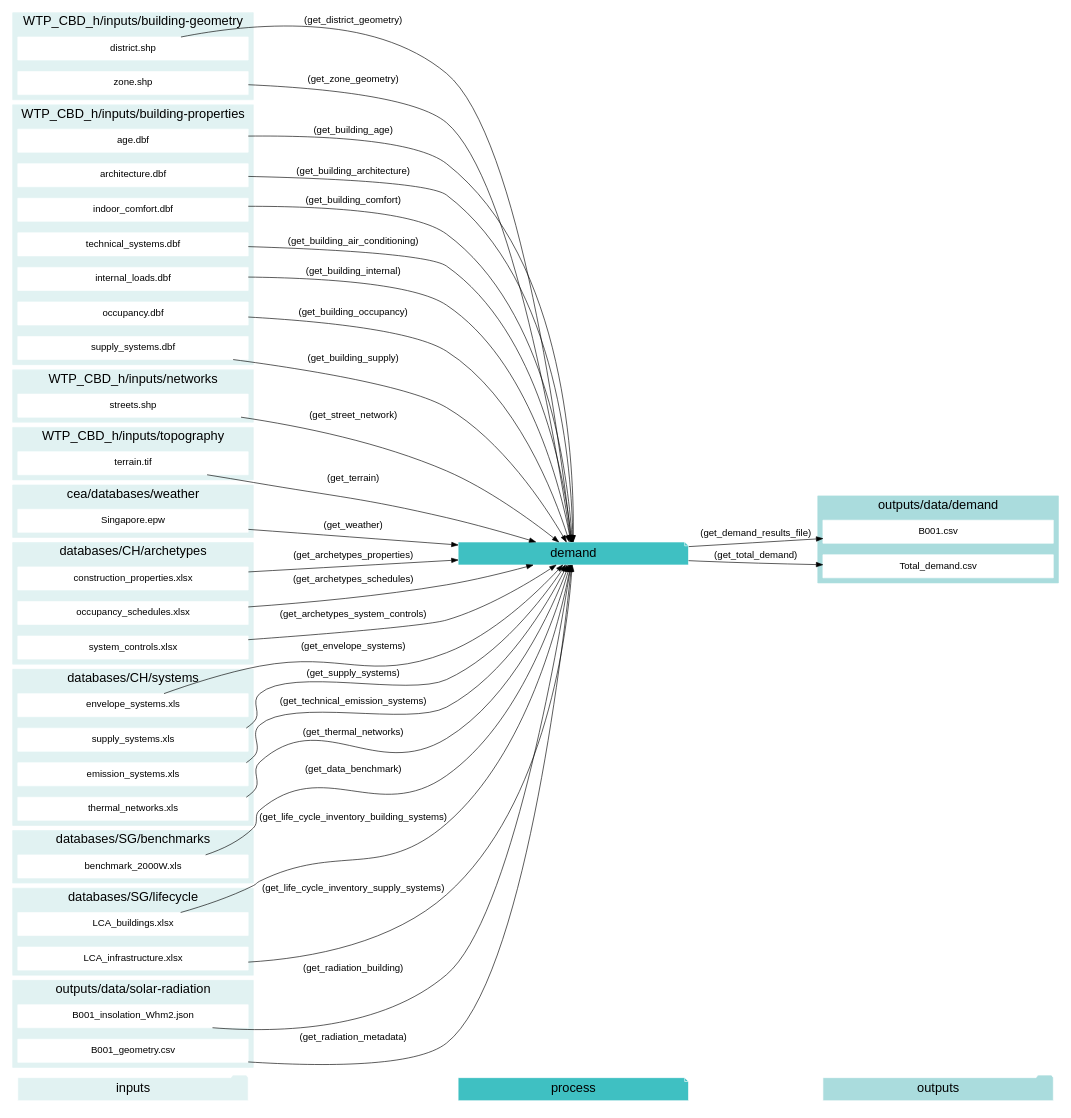
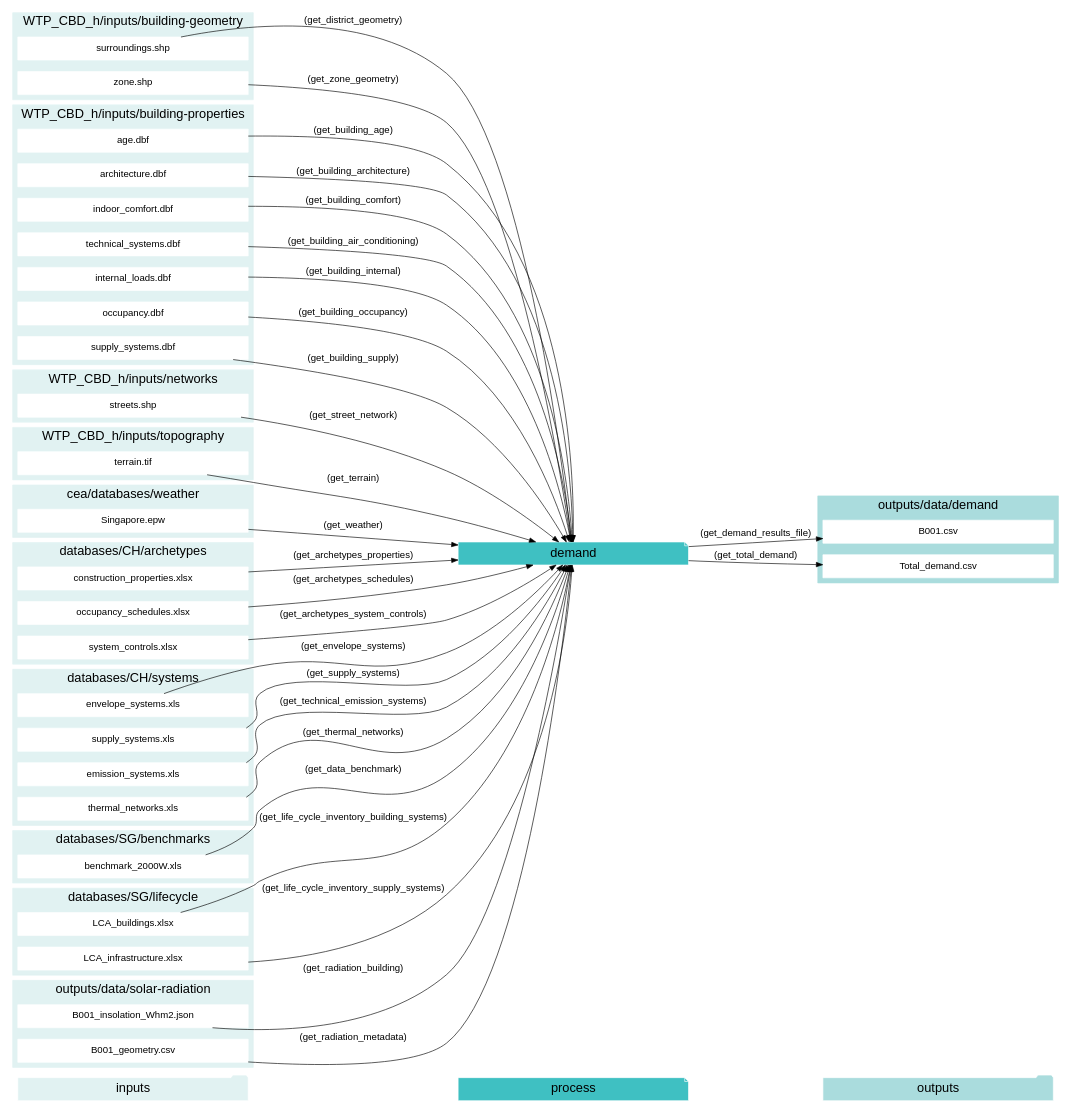
The diagram in docs/graphviz/demand.gv (architecture-building-systems/CityEnergyAnalyst), drawn with Graphviz before and after one commit. The commit also changed 40 other files, not shown here.

Commit message:
renaming district to surroundings

```diff
--- a/docs/graphviz/demand.gv
+++ b/docs/graphviz/demand.gv
@@ -1,146 +1,146 @@
 digraph trace_inputlocator {
     rankdir="LR";
     graph [overlap=false, fontname=arial];
     node [shape=box, style=filled, color=white, fontsize=15, fontname=arial, fixedsize=true, width=5];
     edge [fontname=arial, fontsize = 15]
     newrank=true
     subgraph cluster_legend {
     fontsize=25
     style=invis
     "process"[style=filled, fillcolor="#3FC0C2", shape=note, fontsize=20, fontname="arial"]
     "inputs" [style=filled, shape=folder, color=white, fillcolor="#E1F2F2", fontsize=20]
     "outputs"[style=filled, shape=folder, color=white, fillcolor="#aadcdd", fontsize=20]
     "inputs"->"process"[style=invis]
     "process"->"outputs"[style=invis]
     }
     "demand"[style=filled, color=white, fillcolor="#3FC0C2", shape=note, fontsize=20, fontname=arial];
     subgraph cluster_0_in {
         style = filled;
         color = "#E1F2F2";
         fontsize = 20;
         rank=same;
         label="WTP_CBD_h/inputs/building-geometry";
-        "district.shp"
+        "surroundings.shp"
         "zone.shp"
     }
     subgraph cluster_1_in {
         style = filled;
         color = "#E1F2F2";
         fontsize = 20;
         rank=same;
         label="WTP_CBD_h/inputs/building-properties";
         "age.dbf"
         "architecture.dbf"
         "indoor_comfort.dbf"
         "technical_systems.dbf"
         "internal_loads.dbf"
         "occupancy.dbf"
         "supply_systems.dbf"
     }
     subgraph cluster_2_in {
         style = filled;
         color = "#E1F2F2";
         fontsize = 20;
         rank=same;
         label="WTP_CBD_h/inputs/networks";
         "streets.shp"
     }
     subgraph cluster_3_in {
         style = filled;
         color = "#E1F2F2";
         fontsize = 20;
         rank=same;
         label="WTP_CBD_h/inputs/topography";
         "terrain.tif"
     }
     subgraph cluster_4_in {
         style = filled;
         color = "#E1F2F2";
         fontsize = 20;
         rank=same;
         label="cea/databases/weather";
         "Singapore.epw"
     }
     subgraph cluster_5_in {
         style = filled;
         color = "#E1F2F2";
         fontsize = 20;
         rank=same;
         label="databases/CH/archetypes";
         "construction_properties.xlsx"
         "occupancy_schedules.xlsx"
         "system_controls.xlsx"
     }
     subgraph cluster_6_in {
         style = filled;
         color = "#E1F2F2";
         fontsize = 20;
         rank=same;
         label="databases/CH/systems";
         "envelope_systems.xls"
         "supply_systems.xls"
         "emission_systems.xls"
         "thermal_networks.xls"
     }
     subgraph cluster_7_in {
         style = filled;
         color = "#E1F2F2";
         fontsize = 20;
         rank=same;
         label="databases/SG/benchmarks";
         "benchmark_2000W.xls"
     }
     subgraph cluster_8_in {
         style = filled;
         color = "#E1F2F2";
         fontsize = 20;
         rank=same;
         label="databases/SG/lifecycle";
         "LCA_buildings.xlsx"
         "LCA_infrastructure.xlsx"
     }
     subgraph cluster_9_out {
         style = filled;
         color = "#aadcdd";
         fontsize = 20;
         rank=same;
         label="outputs/data/demand";
         "B001.csv"
         "Total_demand.csv"
     }
     subgraph cluster_10_in {
         style = filled;
         color = "#E1F2F2";
         fontsize = 20;
         rank=same;
         label="outputs/data/solar-radiation";
         "B001_insolation_Whm2.json"
         "B001_geometry.csv"
     }
     "construction_properties.xlsx" -> "demand"[label="(get_archetypes_properties)"]
     "occupancy_schedules.xlsx" -> "demand"[label="(get_archetypes_schedules)"]
     "system_controls.xlsx" -> "demand"[label="(get_archetypes_system_controls)"]
     "age.dbf" -> "demand"[label="(get_building_age)"]
     "architecture.dbf" -> "demand"[label="(get_building_architecture)"]
     "indoor_comfort.dbf" -> "demand"[label="(get_building_comfort)"]
     "technical_systems.dbf" -> "demand"[label="(get_building_air_conditioning)"]
     "internal_loads.dbf" -> "demand"[label="(get_building_internal)"]
     "occupancy.dbf" -> "demand"[label="(get_building_occupancy)"]
     "supply_systems.dbf" -> "demand"[label="(get_building_supply)"]
     "benchmark_2000W.xls" -> "demand"[label="(get_data_benchmark)"]
-    "district.shp" -> "demand"[label="(get_district_geometry)"]
+    "surroundings.shp" -> "demand"[label="(get_district_geometry)"]
     "envelope_systems.xls" -> "demand"[label="(get_envelope_systems)"]
     "LCA_buildings.xlsx" -> "demand"[label="(get_life_cycle_inventory_building_systems)"]
     "LCA_infrastructure.xlsx" -> "demand"[label="(get_life_cycle_inventory_supply_systems)"]
     "B001_insolation_Whm2.json" -> "demand"[label="(get_radiation_building)"]
     "B001_geometry.csv" -> "demand"[label="(get_radiation_metadata)"]
     "streets.shp" -> "demand"[label="(get_street_network)"]
     "supply_systems.xls" -> "demand"[label="(get_supply_systems)"]
     "emission_systems.xls" -> "demand"[label="(get_technical_emission_systems)"]
     "terrain.tif" -> "demand"[label="(get_terrain)"]
     "thermal_networks.xls" -> "demand"[label="(get_thermal_networks)"]
     "Singapore.epw" -> "demand"[label="(get_weather)"]
     "zone.shp" -> "demand"[label="(get_zone_geometry)"]
     "demand" -> "B001.csv"[label="(get_demand_results_file)"]
     "demand" -> "Total_demand.csv"[label="(get_total_demand)"]
     }
```
